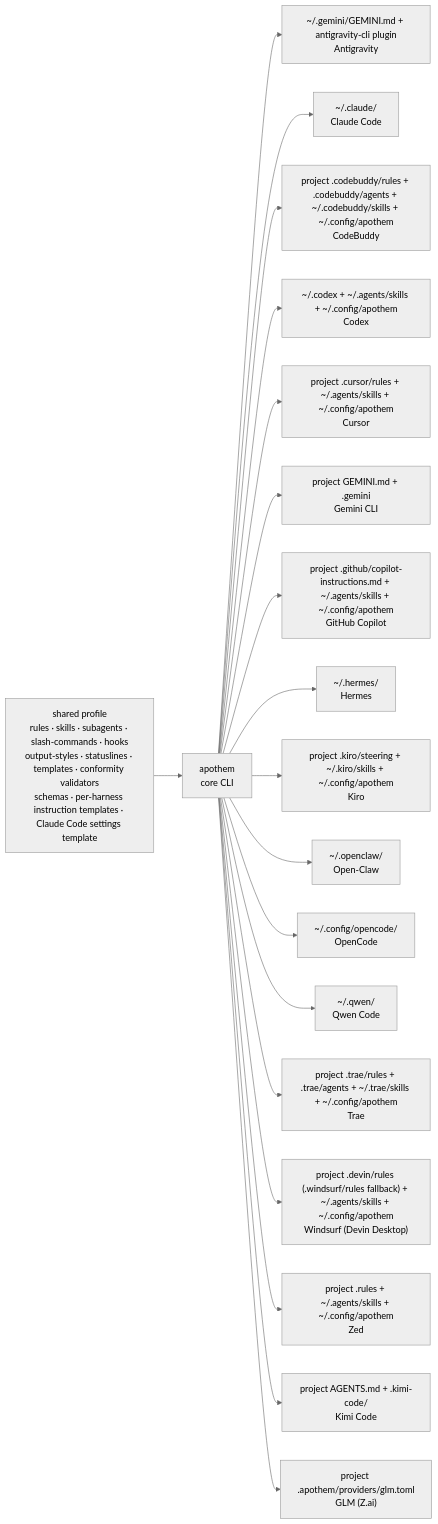
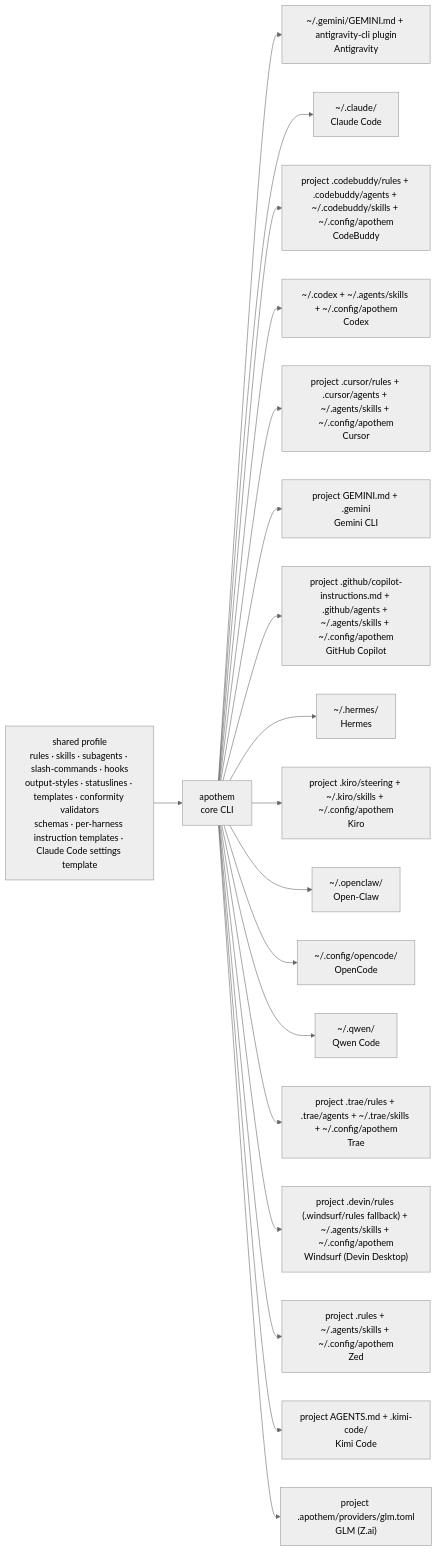
The first of 2 diagrams in README.md (Ahmed-G-Gad/apothem), drawn with Mermaid before and after one commit. The commit also changed other lines of this file and 125 other files, not shown here.

First line of the commit message:
feat(copilot-cursor): install native subagents

````diff
--- a/README.md
+++ b/README.md
@@ -606,27 +606,27 @@
 ```mermaid
 %%{ init: { "theme": "neutral" } }%%
 %% verified: 2026-10-15 %%
 %% provenance: README.md §How it works — apothem's seventeen-harness materialization fan-out %%
 %% cross-reference: src/apothem/lib/harness_registry_data.py (the authoritative adapter registry) %%
 graph LR
     P["shared profile<br/>rules · skills · subagents · slash-commands · hooks<br/>output-styles · statuslines · templates · conformity validators<br/>schemas · per-harness instruction templates · Claude Code settings template"]
     A["apothem<br/>core CLI"]
     P --> A
     A --> AG["~/.gemini/GEMINI.md + antigravity-cli plugin<br/>Antigravity"]
     A --> CC["~/.claude/<br/>Claude Code"]
     A --> CB["project .codebuddy/rules + .codebuddy/agents + ~/.codebuddy/skills + ~/.config/apothem<br/>CodeBuddy"]
     A --> CO["~/.codex + ~/.agents/skills + ~/.config/apothem<br/>Codex"]
-    A --> CU["project .cursor/rules + ~/.agents/skills + ~/.config/apothem<br/>Cursor"]
+    A --> CU["project .cursor/rules + .cursor/agents + ~/.agents/skills + ~/.config/apothem<br/>Cursor"]
     A --> GE["project GEMINI.md + .gemini<br/>Gemini CLI"]
-    A --> GC["project .github/copilot-instructions.md + ~/.agents/skills + ~/.config/apothem<br/>GitHub Copilot"]
+    A --> GC["project .github/copilot-instructions.md + .github/agents + ~/.agents/skills + ~/.config/apothem<br/>GitHub Copilot"]
     A --> HE["~/.hermes/<br/>Hermes"]
     A --> KI["project .kiro/steering + ~/.kiro/skills + ~/.config/apothem<br/>Kiro"]
     A --> OW["~/.openclaw/<br/>Open-Claw"]
     A --> OC["~/.config/opencode/<br/>OpenCode"]
     A --> QW["~/.qwen/<br/>Qwen Code"]
     A --> TR["project .trae/rules + .trae/agents + ~/.trae/skills + ~/.config/apothem<br/>Trae"]
     A --> WI["project .devin/rules (.windsurf/rules fallback) + ~/.agents/skills + ~/.config/apothem<br/>Windsurf (Devin Desktop)"]
     A --> ZE["project .rules + ~/.agents/skills + ~/.config/apothem<br/>Zed"]
     A --> KM["project AGENTS.md + .kimi-code/<br/>Kimi Code"]
     A --> GL["project .apothem/providers/glm.toml<br/>GLM (Z.ai)"]
 ```
````
